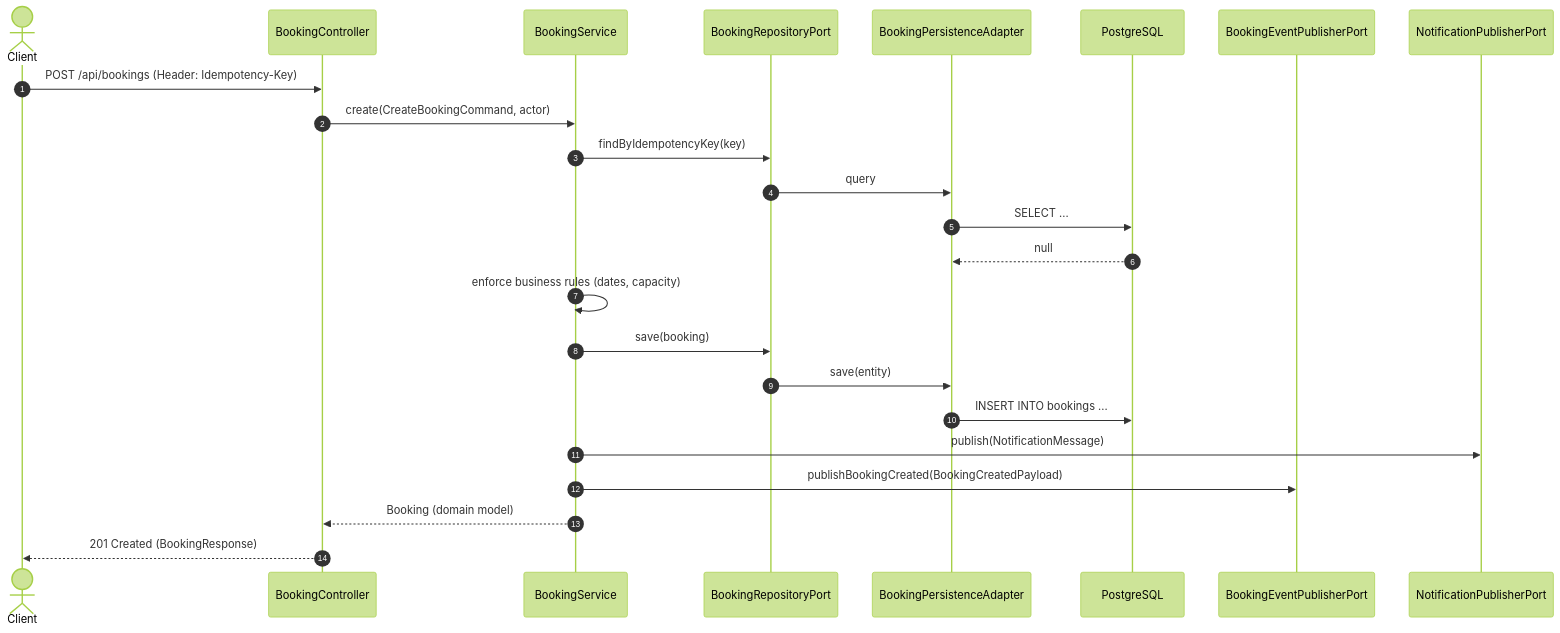
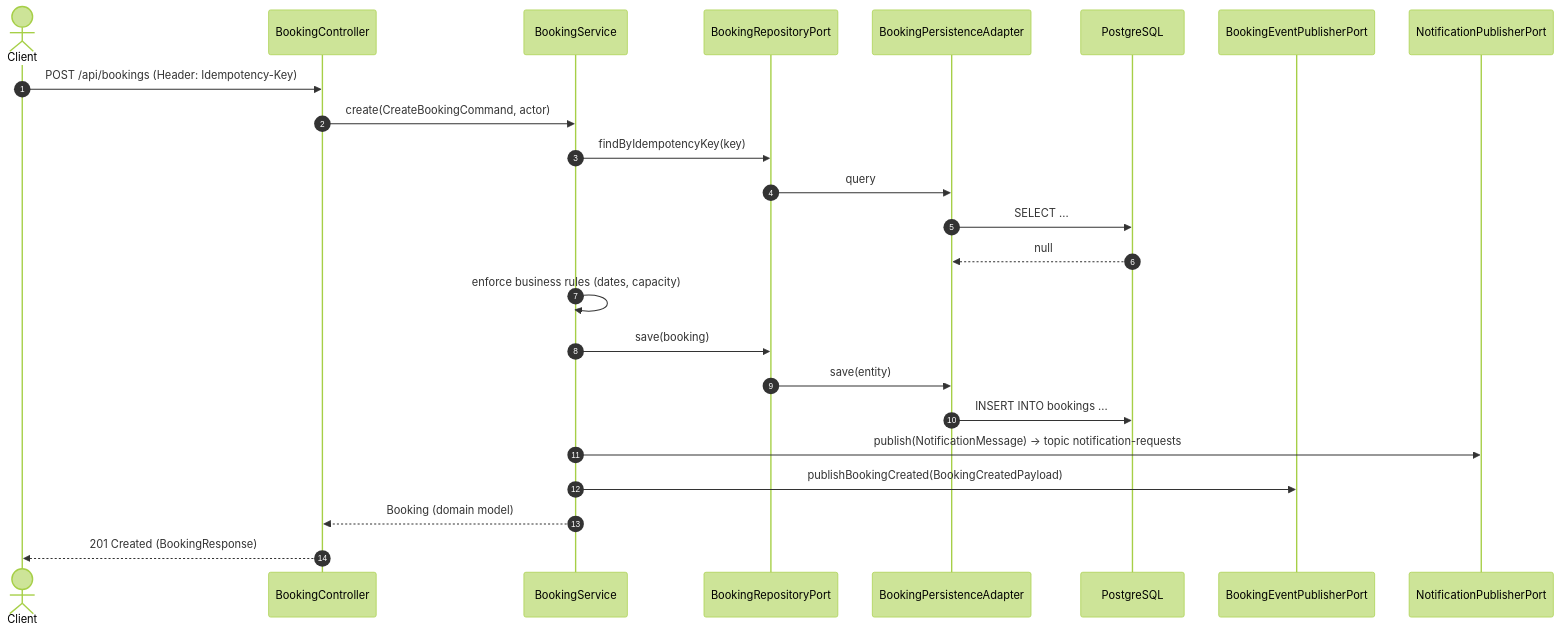
The second of 3 diagrams in docs/architecture/overview.md (Danilo-Doria/SkillBridge-AI-JAVA-Angular), drawn with Mermaid (forest theme) before and after one commit. The commit also changed other lines of this file and 350 other files, not shown here.

````diff
--- a/docs/architecture/overview.md
+++ b/docs/architecture/overview.md
@@ -111,27 +114,27 @@
 ```mermaid
 sequenceDiagram
     autonumber
     actor Client
     participant Controller as BookingController
     participant UseCase as BookingService
     participant RepoPort as BookingRepositoryPort
     participant JPA as BookingPersistenceAdapter
     participant DB as PostgreSQL
     participant KafkaPort as BookingEventPublisherPort
-    participant RabbitPort as NotificationPublisherPort
+    participant NotifPort as NotificationPublisherPort
 
     Client->>Controller: POST /api/bookings (Header: Idempotency-Key)
     Controller->>UseCase: create(CreateBookingCommand, actor)
     UseCase->>RepoPort: findByIdempotencyKey(key)
     RepoPort->>JPA: query
     JPA->>DB: SELECT ...
     DB-->>JPA: null
     UseCase->>UseCase: enforce business rules (dates, capacity)
     UseCase->>RepoPort: save(booking)
     RepoPort->>JPA: save(entity)
     JPA->>DB: INSERT INTO bookings ...
-    UseCase->>RabbitPort: publish(NotificationMessage)
+    UseCase->>NotifPort: publish(NotificationMessage) → topic notification-requests
     UseCase->>KafkaPort: publishBookingCreated(BookingCreatedPayload)
     UseCase-->>Controller: Booking (domain model)
     Controller-->>Client: 201 Created (BookingResponse)
 ```
````
